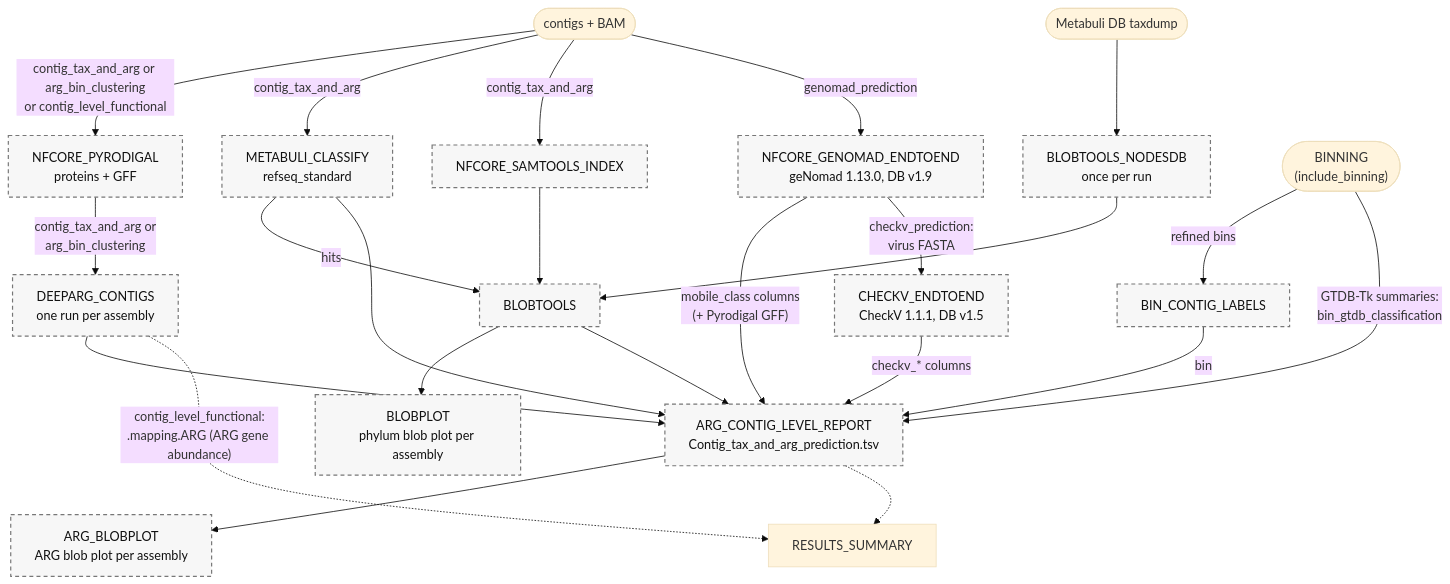
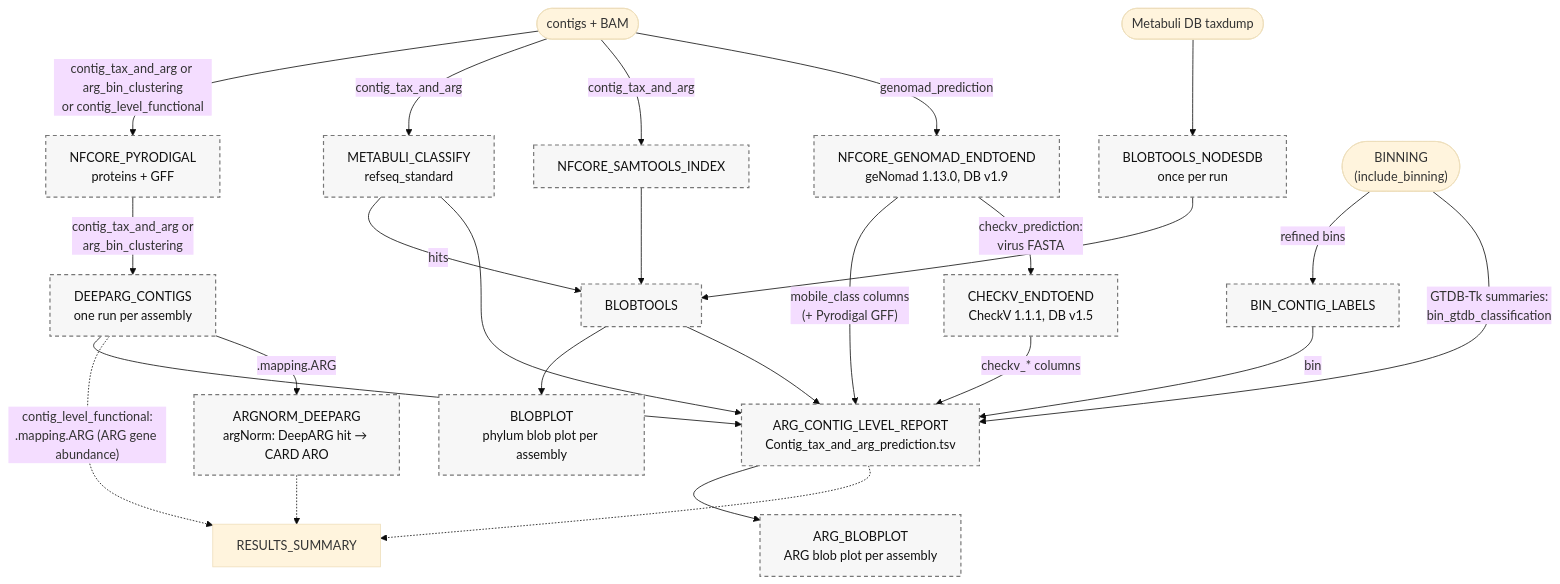
Before and after one commit to gene2dis/BugBuster: the tenth of 14 diagrams in docs/WORKFLOW_DIAGRAM.md, drawn with Mermaid (base theme). The commit also changed other lines of this file and 16 other files, not shown here.

First line of the commit message:
feat(arg): argNorm 1.1.0 module for ARGs-OAP and DeepARG hits (AR4)

````diff
--- a/docs/WORKFLOW_DIAGRAM.md
+++ b/docs/WORKFLOW_DIAGRAM.md
@@ -394,29 +399,31 @@
 ```mermaid
 flowchart TD
     Contigs(["contigs + BAM"]) -->|"contig_tax_and_arg or arg_bin_clustering<br/>or contig_level_functional"| NFCORE_PYRODIGAL["NFCORE_PYRODIGAL<br/>proteins + GFF"]
     NFCORE_PYRODIGAL -->|"contig_tax_and_arg or<br/>arg_bin_clustering"| DEEPARG_CONTIGS["DEEPARG_CONTIGS<br/>one run per assembly"]
 
     Contigs -->|contig_tax_and_arg| METABULI_CLASSIFY["METABULI_CLASSIFY<br/>refseq_standard"]
     Contigs -->|contig_tax_and_arg| NFCORE_SAMTOOLS_INDEX
     Taxdump(["Metabuli DB taxdump"]) --> BLOBTOOLS_NODESDB["BLOBTOOLS_NODESDB<br/>once per run"]
     METABULI_CLASSIFY -->|hits| BLOBTOOLS
     NFCORE_SAMTOOLS_INDEX --> BLOBTOOLS
     BLOBTOOLS_NODESDB --> BLOBTOOLS
     BLOBTOOLS --> BLOBPLOT["BLOBPLOT<br/>phylum blob plot per assembly"]
 
     Contigs -->|genomad_prediction| NFCORE_GENOMAD_ENDTOEND["NFCORE_GENOMAD_ENDTOEND<br/>geNomad 1.13.0, DB v1.9"]
     Bins(["BINNING<br/>(include_binning)"]) -->|refined bins| BIN_CONTIG_LABELS
     Bins -->|"GTDB-Tk summaries:<br/>bin_gtdb_classification"| ARG_CONTIG_LEVEL_REPORT
 
     DEEPARG_CONTIGS & BLOBTOOLS & METABULI_CLASSIFY --> ARG_CONTIG_LEVEL_REPORT["ARG_CONTIG_LEVEL_REPORT<br/>Contig_tax_and_arg_prediction.tsv"]
     BIN_CONTIG_LABELS -->|bin| ARG_CONTIG_LEVEL_REPORT
     NFCORE_GENOMAD_ENDTOEND -->|"mobile_class columns<br/>(+ Pyrodigal GFF)"| ARG_CONTIG_LEVEL_REPORT
     NFCORE_GENOMAD_ENDTOEND -->|"checkv_prediction:<br/>virus FASTA"| CHECKV_ENDTOEND["CHECKV_ENDTOEND<br/>CheckV 1.1.1, DB v1.5"]
     CHECKV_ENDTOEND -->|"checkv_* columns"| ARG_CONTIG_LEVEL_REPORT
     ARG_CONTIG_LEVEL_REPORT --> ARG_BLOBPLOT["ARG_BLOBPLOT<br/>ARG blob plot per assembly"]
     ARG_CONTIG_LEVEL_REPORT -.-> RESULTS_SUMMARY
     DEEPARG_CONTIGS -.->|"contig_level_functional:<br/>.mapping.ARG (ARG gene abundance)"| RESULTS_SUMMARY
+    DEEPARG_CONTIGS -->|.mapping.ARG| ARGNORM_DEEPARG["ARGNORM_DEEPARG<br/>argNorm: DeepARG hit → CARD ARO"]
+    ARGNORM_DEEPARG -.-> RESULTS_SUMMARY
 
     classDef opt fill:#F7F7F7,stroke:#777,stroke-width:1.5px,stroke-dasharray:5 4,color:#111
-    class NFCORE_PYRODIGAL,DEEPARG_CONTIGS,METABULI_CLASSIFY,NFCORE_SAMTOOLS_INDEX,BLOBTOOLS_NODESDB,BLOBTOOLS,BLOBPLOT,NFCORE_GENOMAD_ENDTOEND,CHECKV_ENDTOEND,BIN_CONTIG_LABELS,ARG_CONTIG_LEVEL_REPORT,ARG_BLOBPLOT opt
+    class NFCORE_PYRODIGAL,DEEPARG_CONTIGS,ARGNORM_DEEPARG,METABULI_CLASSIFY,NFCORE_SAMTOOLS_INDEX,BLOBTOOLS_NODESDB,BLOBTOOLS,BLOBPLOT,NFCORE_GENOMAD_ENDTOEND,CHECKV_ENDTOEND,BIN_CONTIG_LABELS,ARG_CONTIG_LEVEL_REPORT,ARG_BLOBPLOT opt
 ```
````
